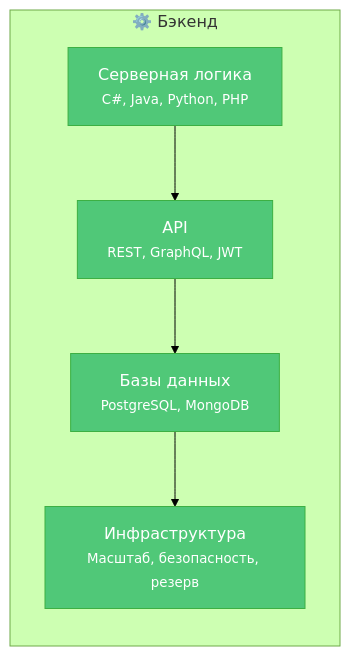
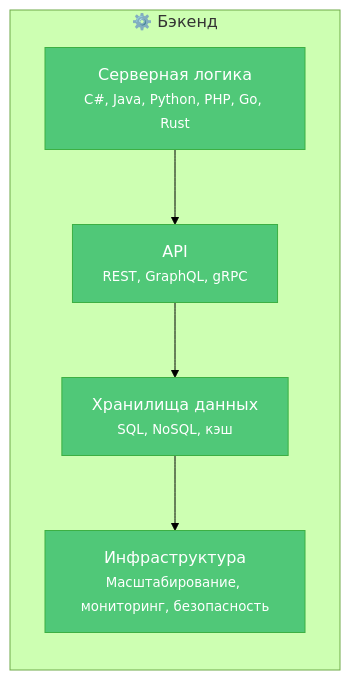
One commit to Spirzen/it-knowledge-base changed the diagram in docs/encyclopedia/1. Основы/1.23. Фронтенд и бэкенд/2.md. Above: the diagram before and after it, drawn with Mermaid (forest theme). The commit also changed other lines of this file and 45 other files, not shown here.

````diff
--- a/docs/encyclopedia/1. Основы/1.23. Фронтенд и бэкенд/2.md
+++ b/docs/encyclopedia/1. Основы/1.23. Фронтенд и бэкенд/2.md
@@ -13,14 +19,14 @@
 ```mermaid
 graph LR
-	classDef frontend fill:#4A90E2,stroke:#357ABD,color:white;
+    classDef frontend fill:#4A90E2,stroke:#357ABD,color:white;
     classDef backend fill:#50C878,stroke:#3CB043,color:white;
 
     subgraph Backend["⚙️ Бэкенд"]
-        E[Серверная логика<br><small>C#, Java, Python, PHP</small>]
-        --> F[API<br><small>REST, GraphQL, JWT</small>]
-        --> G[Базы данных<br><small>PostgreSQL, MongoDB</small>]
-        --> H[Инфраструктура<br><small>Масштаб, безопасность, резерв</small>]
+        E[Серверная логика<br><small>C#, Java, Python, PHP, Go, Rust</small>]
+        --> F[API<br><small>REST, GraphQL, gRPC</small>]
+        --> G[Хранилища данных<br><small>SQL, NoSQL, кэш</small>]
+        --> H[Инфраструктура<br><small>Масштабирование, мониторинг, безопасность</small>]
     end
 
     class E,F,G,H backend
 ```
````
